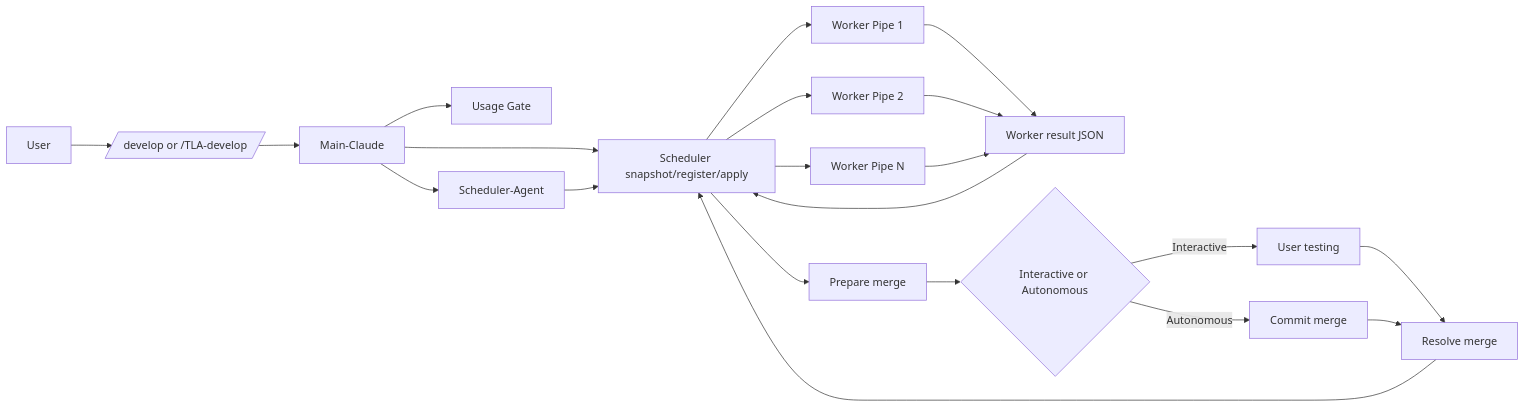
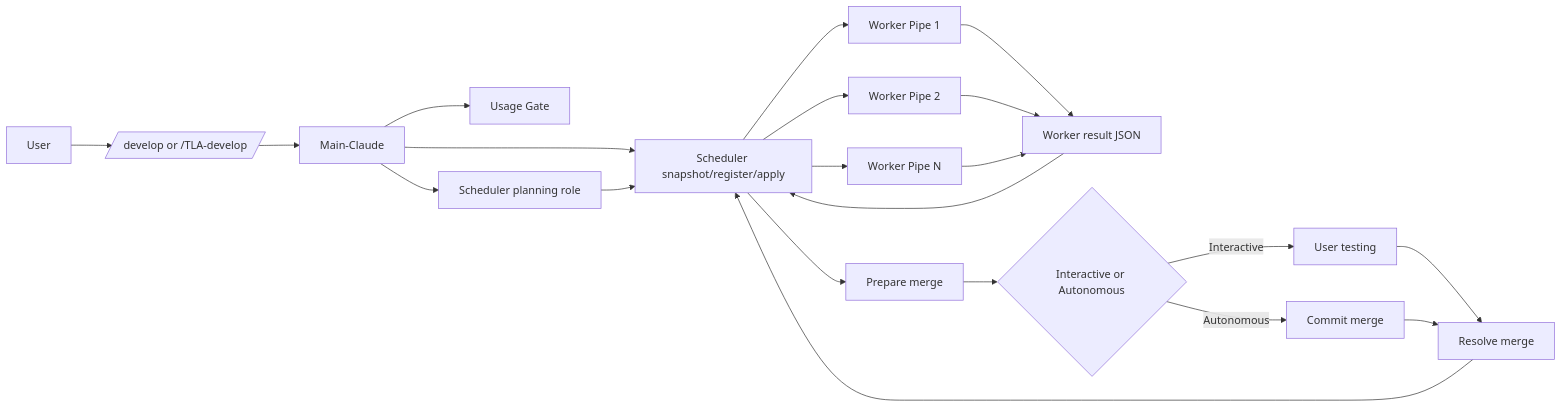
The third of 3 diagrams in AUTODEV_PIPE_REPORT.md (TLeiott/T.L-Marketplace4CCToolz), drawn with Mermaid before and after one commit. The commit also changed other lines of this file, not shown here.

````diff
--- a/AUTODEV_PIPE_REPORT.md
+++ b/AUTODEV_PIPE_REPORT.md
@@ -614,23 +704,23 @@
 ```mermaid
 flowchart LR
     U[User] --> C1[/develop or /TLA-develop/]
     C1 --> MC[Main-Claude]
     MC --> UG[Usage Gate]
     MC --> SQ[Scheduler snapshot/register/apply]
-    MC --> SA[Scheduler-Agent]
+    MC --> SA[Scheduler planning role]
     SA --> SQ
     SQ --> WP1[Worker Pipe 1]
     SQ --> WP2[Worker Pipe 2]
     SQ --> WP3[Worker Pipe N]
     WP1 --> WR[Worker result JSON]
     WP2 --> WR
     WP3 --> WR
     WR --> SQ
     SQ --> MP[Prepare merge]
     MP --> IM{Interactive or Autonomous}
     IM -->|Interactive| UT[User testing]
     IM -->|Autonomous| CM[Commit merge]
     UT --> RM[Resolve merge]
     CM --> RM
     RM --> SQ
 ```
````
